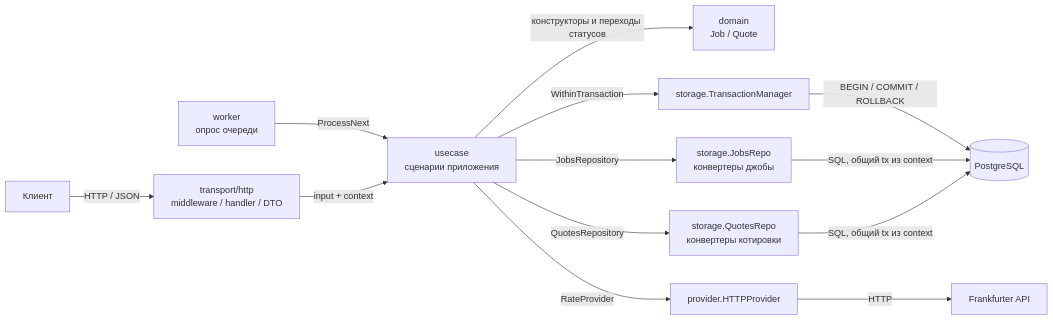
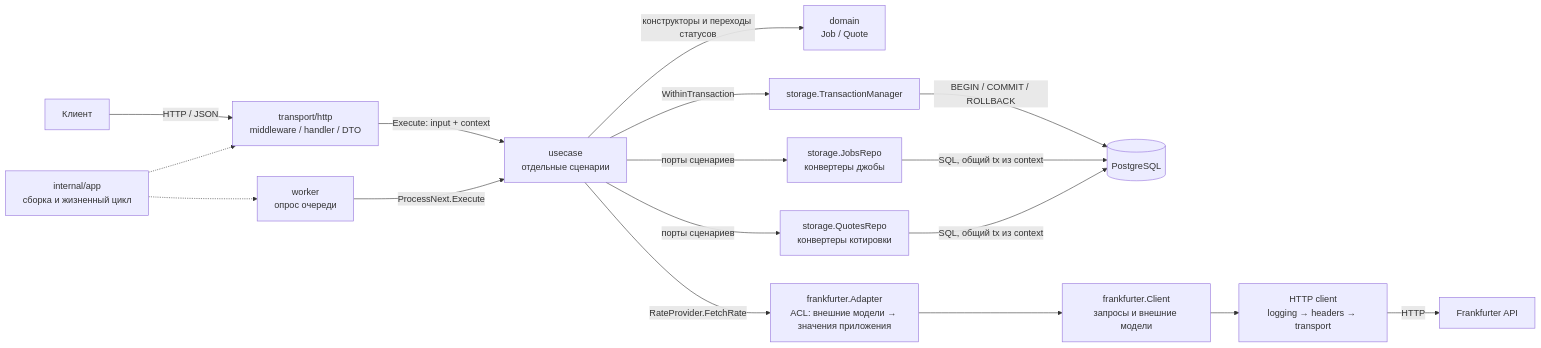
Before and after one commit to artyomstank/plata-currency-service: the first of 3 diagrams in README.md, drawn with Mermaid. The commit also changed other lines of this file and 47 other files, not shown here.

Commit message:
chore: split usecase logics and add acl to provider

````diff
--- a/README.md
+++ b/README.md
@@ -11,15 +11,19 @@
 ```mermaid
 flowchart LR
     Client["Клиент"] -->|HTTP / JSON| HTTP["transport/http<br/>middleware / handler / DTO"]
-    Worker["worker<br/>опрос очереди"] -->|ProcessNext| UC["usecase<br/>сценарии приложения"]
-    HTTP -->|input + context| UC
+    App["internal/app<br/>сборка и жизненный цикл"] -.-> HTTP
+    App -.-> Worker["worker<br/>опрос очереди"]
+    Worker -->|ProcessNext.Execute| UC["usecase<br/>отдельные сценарии"]
+    HTTP -->|Execute: input + context| UC
     UC -->|конструкторы и переходы статусов| Domain["domain<br/>Job / Quote"]
     UC -->|WithinTransaction| TM["storage.TransactionManager"]
-    UC -->|JobsRepository| Jobs["storage.JobsRepo<br/>конвертеры джобы"]
-    UC -->|QuotesRepository| Quotes["storage.QuotesRepo<br/>конвертеры котировки"]
-    UC -->|RateProvider| Provider["provider.HTTPProvider"]
+    UC -->|порты сценариев| Jobs["storage.JobsRepo<br/>конвертеры джобы"]
+    UC -->|порты сценариев| Quotes["storage.QuotesRepo<br/>конвертеры котировки"]
+    UC -->|RateProvider.FetchRate| Adapter["frankfurter.Adapter<br/>ACL: внешние модели → значения приложения"]
     TM -->|BEGIN / COMMIT / ROLLBACK| DB[("PostgreSQL")]
     Jobs -->|SQL, общий tx из context| DB
     Quotes -->|SQL, общий tx из context| DB
-    Provider -->|HTTP| Rates["Frankfurter API"]
+    Adapter --> Source["frankfurter.Client<br/>запросы и внешние модели"]
+    Source --> Outbound["HTTP client<br/>logging → headers → transport"]
+    Outbound -->|HTTP| Rates["Frankfurter API"]
 ```
````
